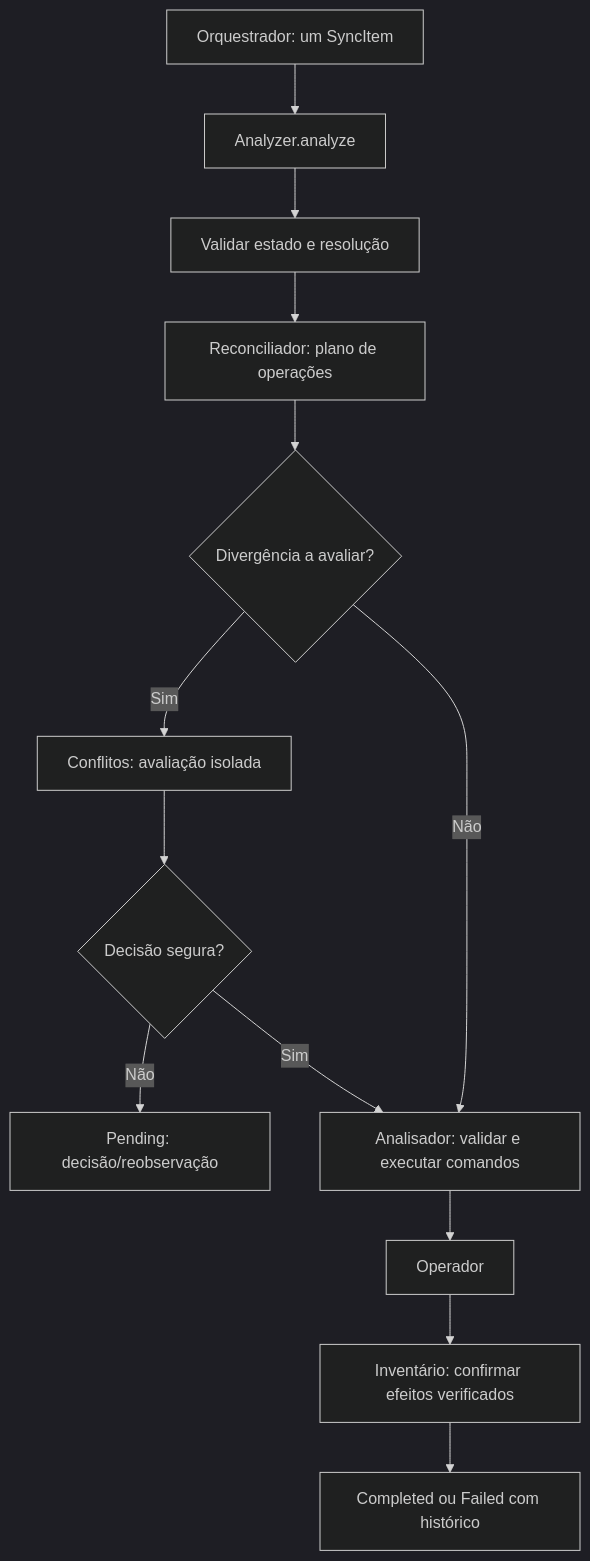
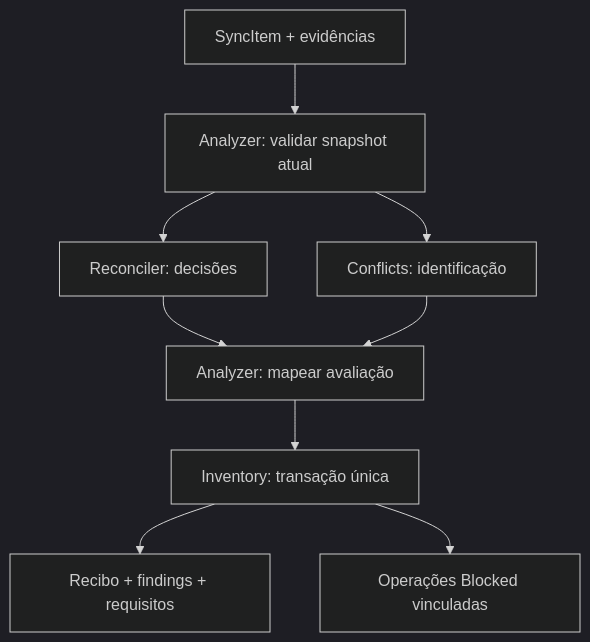
Before and after one commit to rafatosta/drivesync: the diagram in docs/engine/analyzer/README.md, drawn with Mermaid (dark theme). The commit also changed other lines of this file and 12 other files, not shown here.

````diff
--- a/docs/engine/analyzer/README.md
+++ b/docs/engine/analyzer/README.md
@@ -24,15 +12,11 @@
 ```mermaid
 flowchart TD
-  A["Orquestrador: um SyncItem"] --> B["Analyzer.analyze"]
-  B --> V["Validar estado e resolução"]
-  V --> R["Reconciliador: plano de operações"]
-  R --> C{"Divergência a avaliar?"}
-  C -->|Sim| F["Conflitos: avaliação isolada"]
-  F --> D{"Decisão segura?"}
-  D -->|Não| P["Pending: decisão/reobservação"]
-  D -->|Sim| E["Analisador: validar e executar comandos"]
-  C -->|Não| E
-  E --> O["Operador"]
-  O --> I["Inventário: confirmar efeitos verificados"]
-  I --> T["Completed ou Failed com histórico"]
+  A["SyncItem + evidências"] --> B["Analyzer: validar snapshot atual"]
+  B --> R["Reconciler: decisões"]
+  B --> C["Conflicts: identificação"]
+  R --> M["Analyzer: mapear avaliação"]
+  C --> M
+  M --> I["Inventory: transação única"]
+  I --> D["Recibo + findings + requisitos"]
+  I --> O["Operações Blocked vinculadas"]
 ```
````
